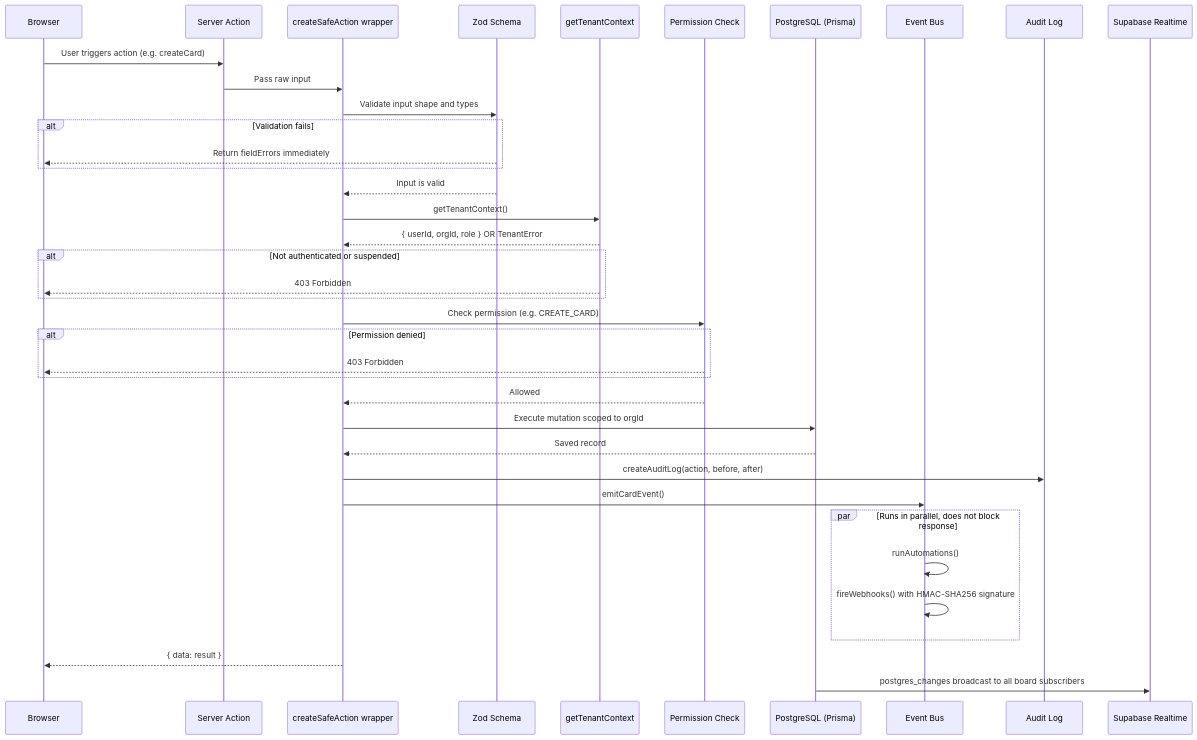
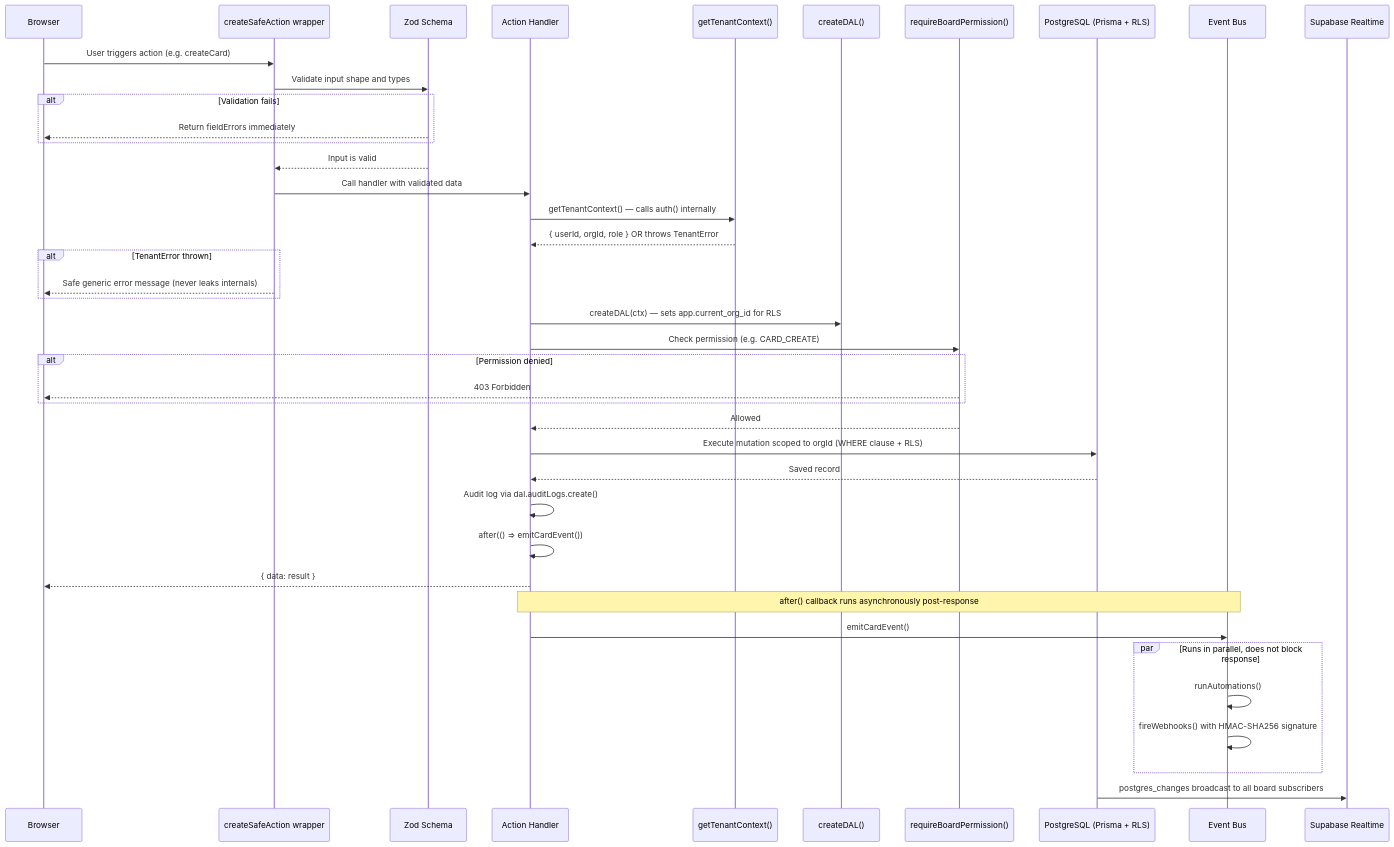
Before and after one commit to viraj1011JAIN/Nexus: the seventh of 9 diagrams in README.md, drawn with Mermaid. The commit also changed other lines of this file, not shown here.

First line of the commit message:
docs: fix README diagram inaccuracies against actual codebase

````diff
--- a/README.md
+++ b/README.md
@@ -2689,41 +2690,44 @@
 ```mermaid
 sequenceDiagram
     participant Client as Browser
-    participant SA as Server Action
     participant CSA as createSafeAction wrapper
     participant ZOD as Zod Schema
-    participant TC as getTenantContext
-    participant RBAC as Permission Check
-    participant DB as PostgreSQL (Prisma)
+    participant Handler as Action Handler
+    participant TC as getTenantContext()
+    participant DAL as createDAL()
+    participant RBAC as requireBoardPermission()
+    participant DB as PostgreSQL (Prisma + RLS)
     participant EB as Event Bus
-    participant AL as Audit Log
     participant RT as Supabase Realtime
 
-    Client->>SA: User triggers action (e.g. createCard)
-    SA->>CSA: Pass raw input
+    Client->>CSA: User triggers action (e.g. createCard)
     CSA->>ZOD: Validate input shape and types
     alt Validation fails
         ZOD-->>Client: Return fieldErrors immediately
     end
     ZOD-->>CSA: Input is valid
-    CSA->>TC: getTenantContext()
-    TC-->>CSA: { userId, orgId, role } OR TenantError
-    alt Not authenticated or suspended
-        TC-->>Client: 403 Forbidden
+    CSA->>Handler: Call handler with validated data
+    Handler->>TC: getTenantContext() — calls auth() internally
+    TC-->>Handler: { userId, orgId, role } OR throws TenantError
+    alt TenantError thrown
+        CSA-->>Client: Safe generic error message (never leaks internals)
     end
-    CSA->>RBAC: Check permission (e.g. CREATE_CARD)
+    Handler->>DAL: createDAL(ctx) — sets app.current_org_id for RLS
+    Handler->>RBAC: Check permission (e.g. CARD_CREATE)
     alt Permission denied
         RBAC-->>Client: 403 Forbidden
     end
-    RBAC-->>CSA: Allowed
-    CSA->>DB: Execute mutation scoped to orgId
-    DB-->>CSA: Saved record
-    CSA->>AL: createAuditLog(action, before, after)
-    CSA->>EB: emitCardEvent()
+    RBAC-->>Handler: Allowed
+    Handler->>DB: Execute mutation scoped to orgId (WHERE clause + RLS)
+    DB-->>Handler: Saved record
+    Handler->>Handler: Audit log via dal.auditLogs.create()
+    Handler->>Handler: after(() => emitCardEvent())
+    Handler-->>Client: { data: result }
+    Note over Handler,EB: after() callback runs asynchronously post-response
+    Handler->>EB: emitCardEvent()
     par Runs in parallel, does not block response
         EB->>EB: runAutomations()
         EB->>EB: fireWebhooks() with HMAC-SHA256 signature
     end
-    CSA-->>Client: { data: result }
     DB->>RT: postgres_changes broadcast to all board subscribers
 ```
````
